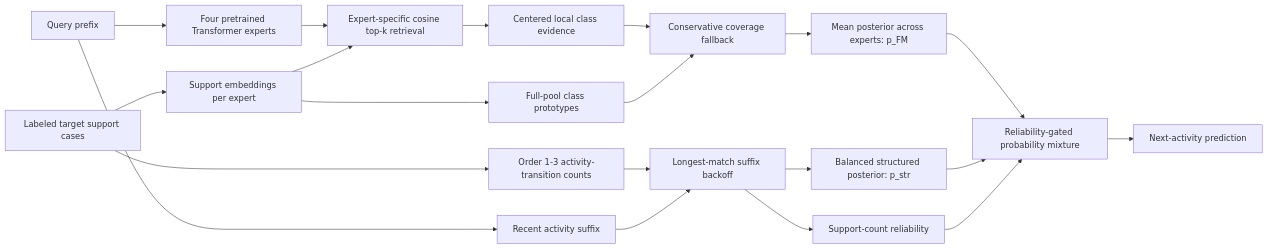
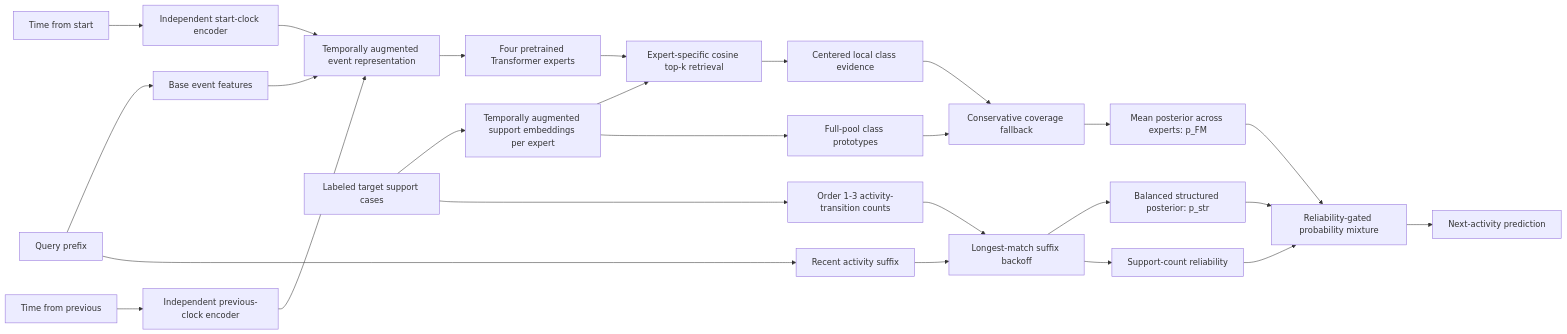
The first of 2 diagrams in paper_docs/fmv3_architecture_changes.md (fit-alessandro-berti/events-transf3), drawn with Mermaid before and after one commit. The commit also changed other lines of this file and 129 other files, not shown here.

````diff
--- a/paper_docs/fmv3_architecture_changes.md
+++ b/paper_docs/fmv3_architecture_changes.md
@@ -58,24 +61,30 @@
 ```mermaid
 flowchart LR
-    Q[Query prefix] --> E[Four pretrained Transformer experts]
-    S[Labeled target support cases] --> SE[Support embeddings per expert]
-    E --> R[Expert-specific cosine top-k retrieval]
+    Q[Query prefix] --> E[Base event features]
+    TS[Time from start] --> IS[Independent start-clock encoder]
+    TP[Time from previous] --> IP[Independent previous-clock encoder]
+    E --> TE[Temporally augmented event representation]
+    IS --> TE
+    IP --> TE
+    TE --> TR[Four pretrained Transformer experts]
+    S[Labeled target support cases] --> SE[Temporally augmented support embeddings per expert]
+    TR --> R[Expert-specific cosine top-k retrieval]
     SE --> R
     R --> L[Centered local class evidence]
     SE --> G[Full-pool class prototypes]
     L --> C[Conservative coverage fallback]
     G --> C
     C --> A[Mean posterior across experts: p_FM]
 
     S --> T[Order 1-3 activity-transition counts]
-    Q --> X[Recent activity suffix]
+    Q --> RS[Recent activity suffix]
     T --> B[Longest-match suffix backoff]
-    X --> B
+    RS --> B
     B --> P[Balanced structured posterior: p_str]
     B --> W[Support-count reliability]
 
     A --> F[Reliability-gated probability mixture]
     P --> F
     W --> F
     F --> Y[Next-activity prediction]
 ```
````
